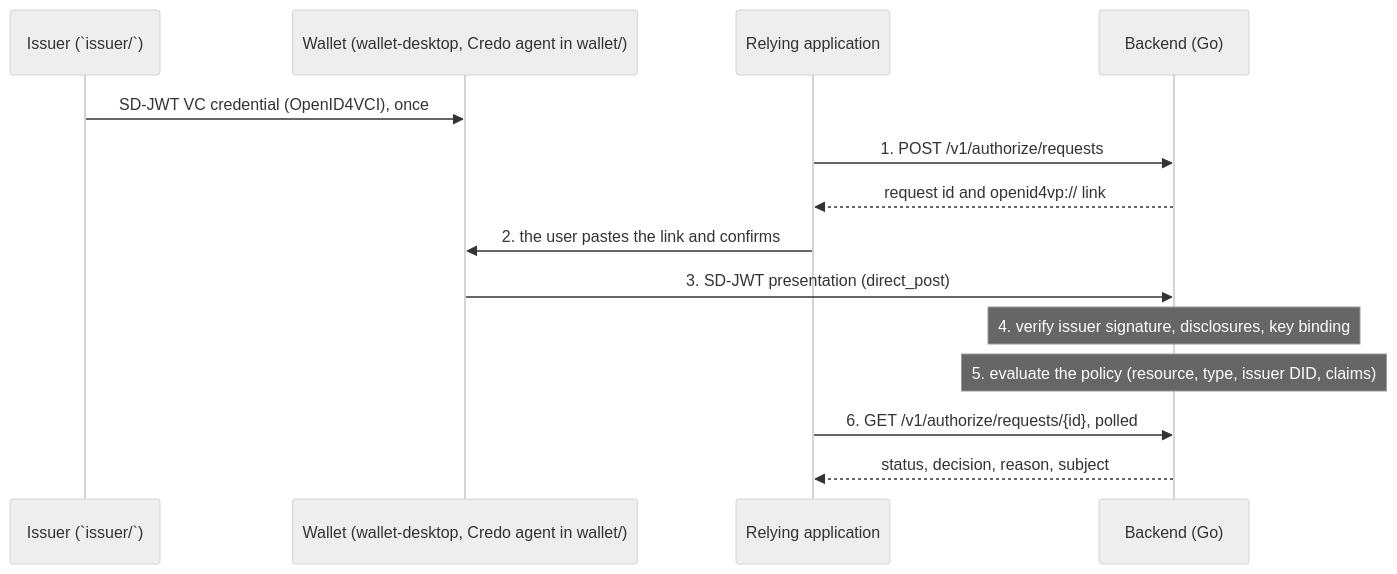
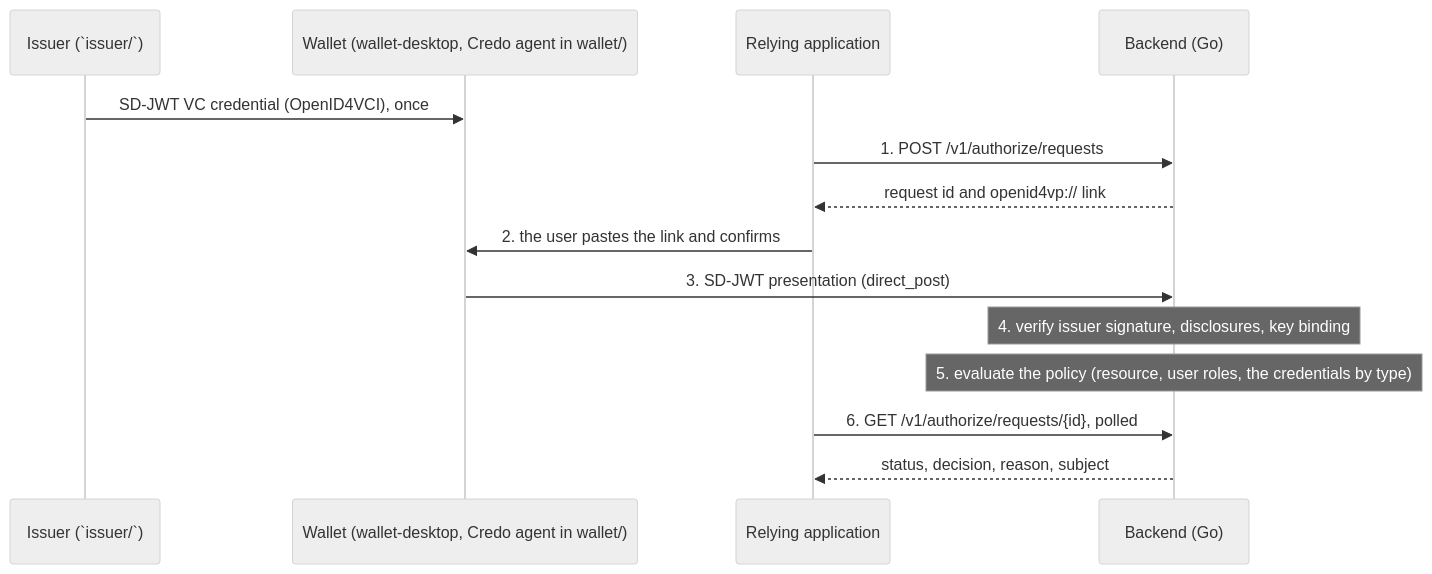
Before and after one commit to threehook/attesta: the diagram in docs/architecture.md, drawn with Mermaid (neutral theme). The commit also changed other lines of this file and 4 other files, not shown here.

Commit message:
Update the root README and architecture to the current layout and policy input, and point to each module's screenshots

````diff
--- a/docs/architecture.md
+++ b/docs/architecture.md
@@ -14,17 +14,17 @@
 ```mermaid
 sequenceDiagram
     participant I as Issuer (`issuer/`)
     participant W as Wallet (wallet-desktop, Credo agent in wallet/)
     participant A as Relying application
     participant B as Backend (Go)
 
     I->>W: SD-JWT VC credential (OpenID4VCI), once
     A->>B: 1. POST /v1/authorize/requests
     B-->>A: request id and openid4vp:// link
     A->>W: 2. the user pastes the link and confirms
     W->>B: 3. SD-JWT presentation (direct_post)
     Note over B: 4. verify issuer signature, disclosures, key binding
-    Note over B: 5. evaluate the policy (resource, type, issuer DID, claims)
+    Note over B: 5. evaluate the policy (resource, user roles, the credentials by type)
     A->>B: 6. GET /v1/authorize/requests/{id}, polled
     B-->>A: status, decision, reason, subject
 ```
````
